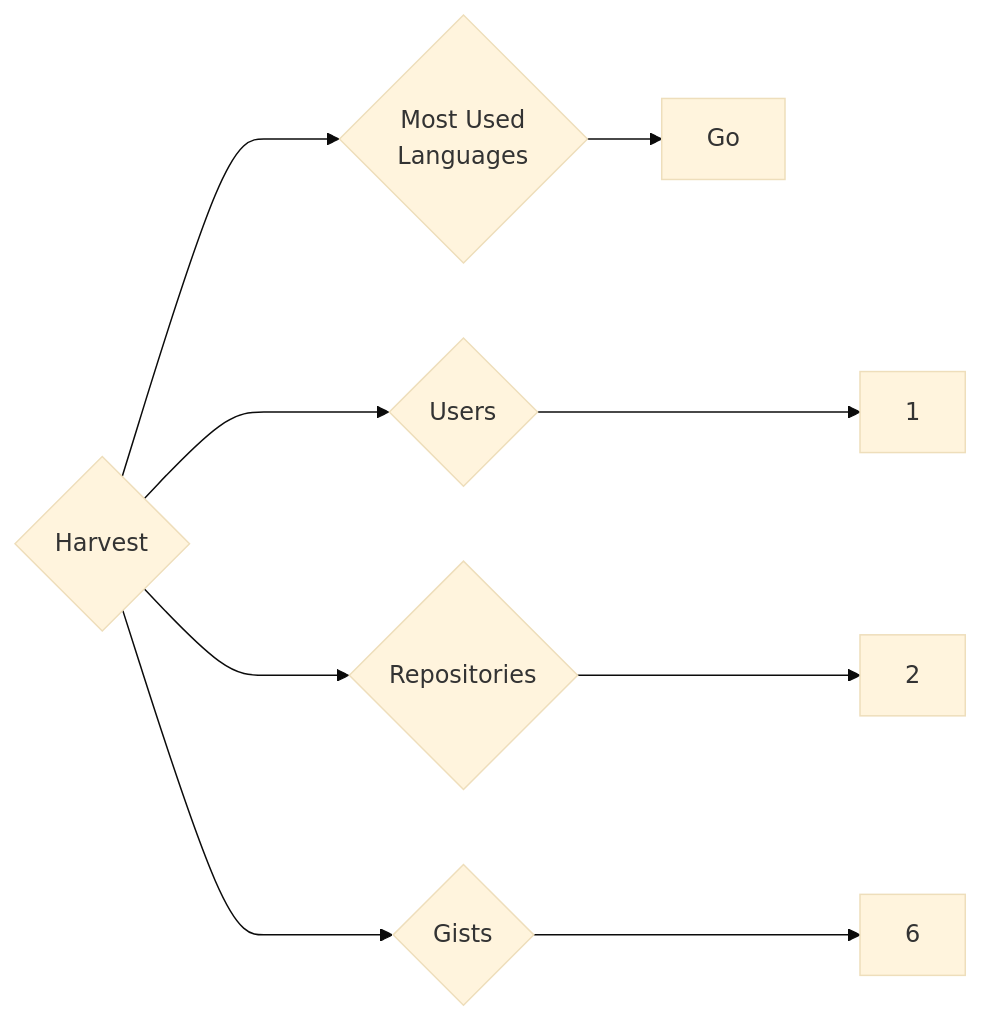
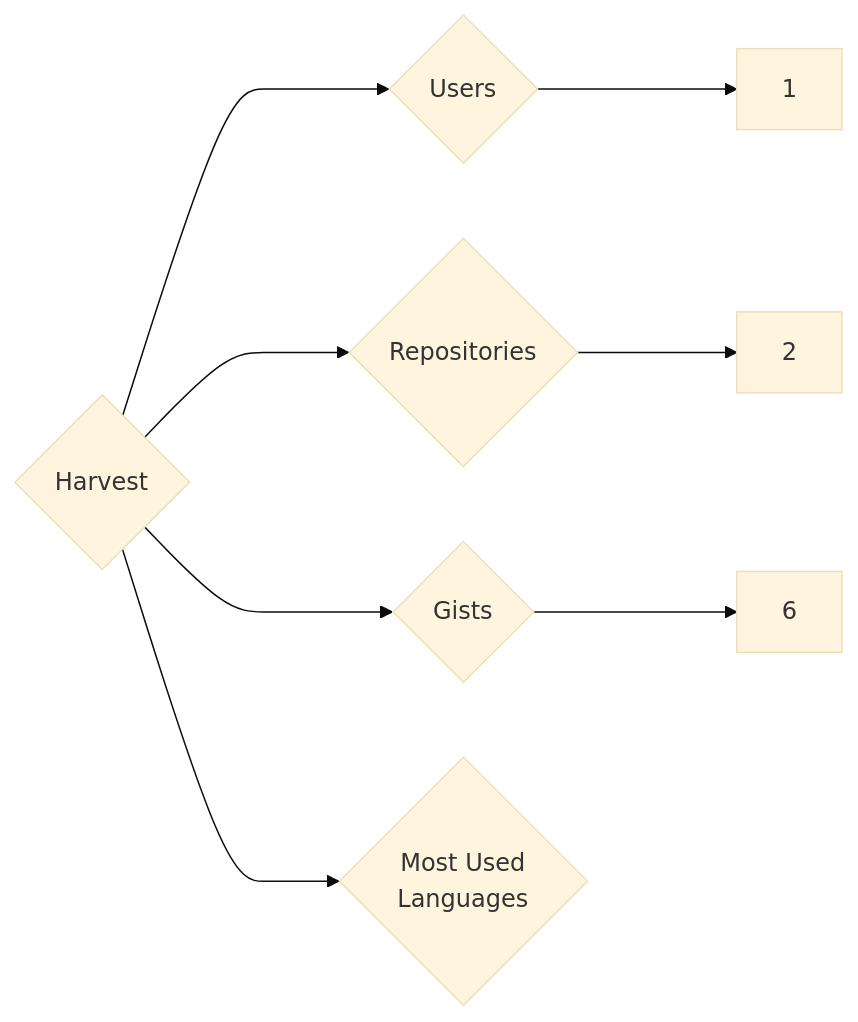
Before and after one commit to trickest/insiders: the diagram in targets/Harvest/README.md, drawn with Mermaid (base theme). The commit also changed 773 other files, not shown here.

````diff
--- a/targets/Harvest/README.md
+++ b/targets/Harvest/README.md
@@ -3,9 +3,8 @@
 ```mermaid
 graph LR
 COMPANY_NAME{Harvest}
 COMPANY_NAME ---> U{Users} ---> UN[1]
 COMPANY_NAME ---> R{Repositories} ---> RN[2]
 COMPANY_NAME ---> G{Gists} ---> GN[6]
 COMPANY_NAME ---> ML{Most Used<br>Languages}
-ML --> Go[Go]
 ```
````
